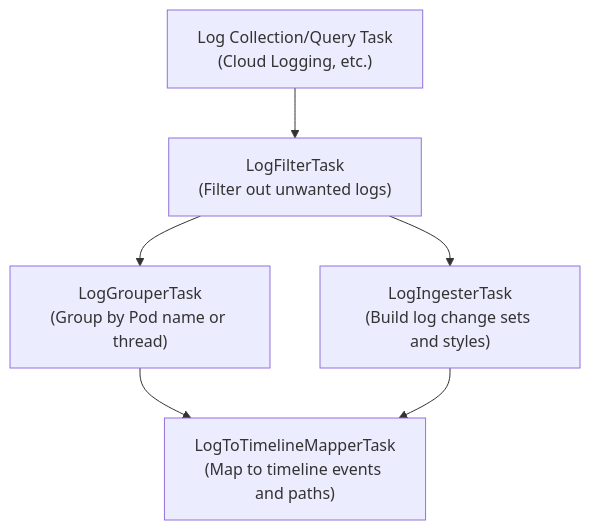
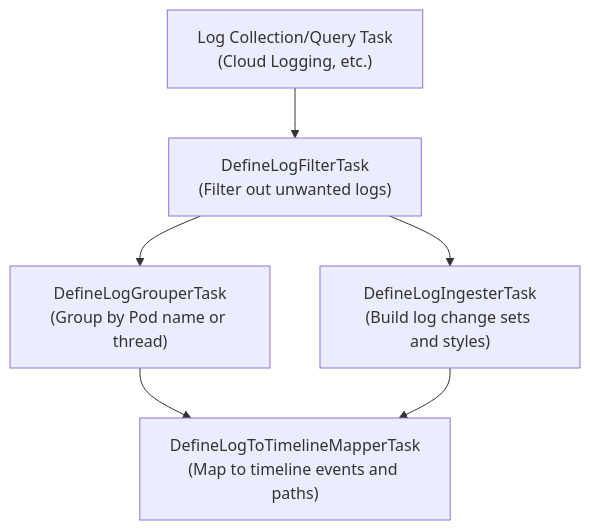
One commit to GoogleCloudPlatform/khi changed the diagram in docs/en/task-system/02-log-processing-cookbook.md. Above: the diagram before and after it, drawn with Mermaid. The commit also changed other lines of this file and 398 other files, not shown here.

````diff
--- a/docs/en/task-system/02-log-processing-cookbook.md
+++ b/docs/en/task-system/02-log-processing-cookbook.md
@@ -23,14 +23,14 @@
 ```mermaid
 flowchart TD
     Fetch["Log Collection/Query Task<br>(Cloud Logging, etc.)"]
-    Filter["LogFilterTask<br>(Filter out unwanted logs)"]
-    Grouper["LogGrouperTask<br>(Group by Pod name or thread)"]
-    Ingester["LogIngesterTask<br>(Build log change sets and styles)"]
-    Mapper["LogToTimelineMapperTask<br>(Map to timeline events and paths)"]
+    Filter["DefineLogFilterTask<br>(Filter out unwanted logs)"]
+    Grouper["DefineLogGrouperTask<br>(Group by Pod name or thread)"]
+    Ingester["DefineLogIngesterTask<br>(Build log change sets and styles)"]
+    Mapper["DefineLogToTimelineMapperTask<br>(Map to timeline events and paths)"]
 
     Fetch --> Filter
     Filter --> Grouper
     Filter --> Ingester
     Grouper --> Mapper
     Ingester --> Mapper
 ```
````
